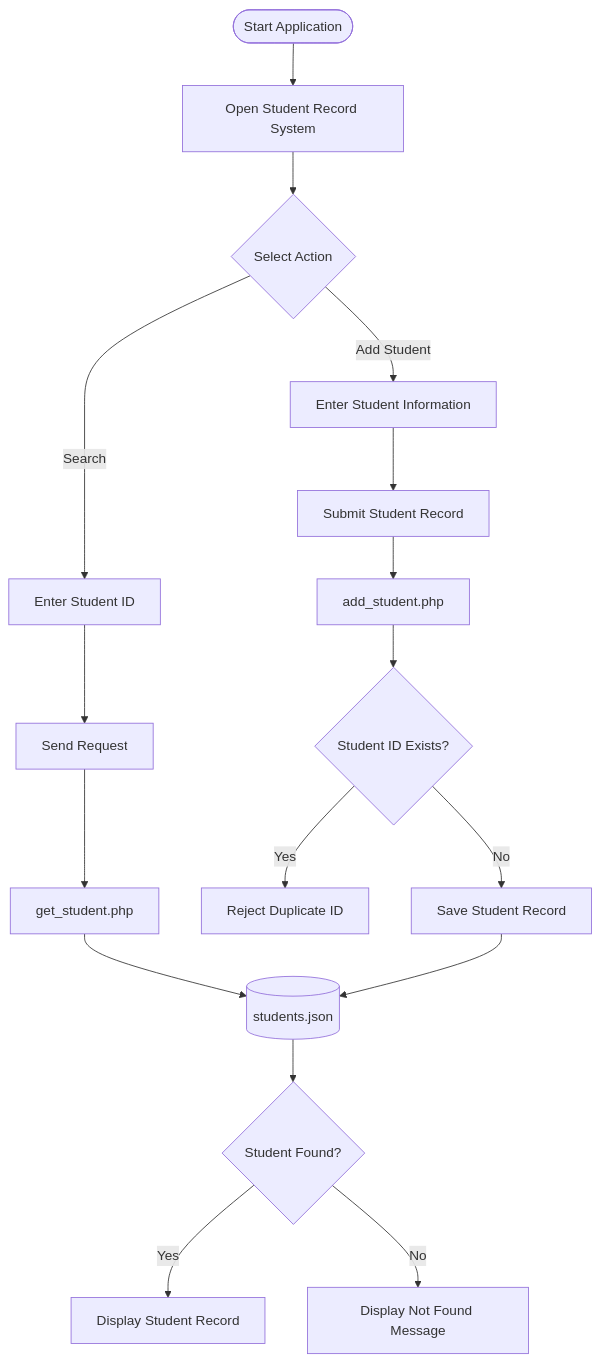
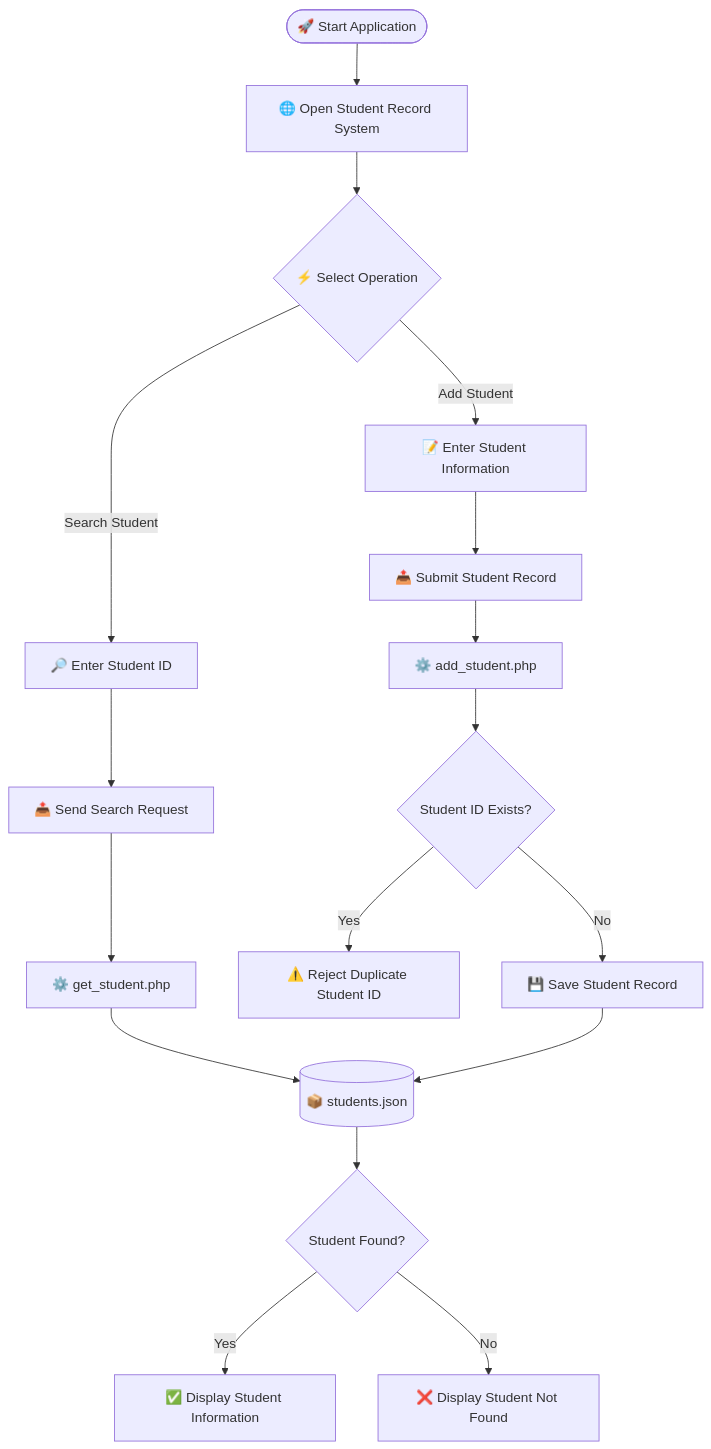
One commit to Ahamed369/student-record-system changed the first of 2 diagrams in README.md. Above: the diagram before and after it, drawn with Mermaid. The commit also changed other lines of this file, not shown here.

````diff
--- a/README.md
+++ b/README.md
@@ -201,21 +273,26 @@
 ```mermaid
 flowchart TD
-    A([Start Application]) --> B[Open Student Record System]
-    B --> C{Select Action}
 
-    C -->|Search| D[Enter Student ID]
-    D --> E[Send Request]
-    E --> F[get_student.php]
-    F --> G[(students.json)]
+    A([🚀 Start Application]) --> B[🌐 Open Student Record System]
+
+    B --> C{⚡ Select Operation}
+
+    C -->|Search Student| D[🔎 Enter Student ID]
+    D --> E[📤 Send Search Request]
+    E --> F[⚙️ get_student.php]
+    F --> G[(📦 students.json)]
     G --> H{Student Found?}
-    H -->|Yes| I[Display Student Record]
-    H -->|No| J[Display Not Found Message]
 
-    C -->|Add Student| K[Enter Student Information]
-    K --> L[Submit Student Record]
-    L --> M[add_student.php]
+    H -->|Yes| I[✅ Display Student Information]
+    H -->|No| J[❌ Display Student Not Found]
+
+    C -->|Add Student| K[📝 Enter Student Information]
+    K --> L[📤 Submit Student Record]
+    L --> M[⚙️ add_student.php]
     M --> N{Student ID Exists?}
-    N -->|Yes| O[Reject Duplicate ID]
-    N -->|No| P[Save Student Record]
+
+    N -->|Yes| O[⚠️ Reject Duplicate Student ID]
+    N -->|No| P[💾 Save Student Record]
+
     P --> G
 ```
````
